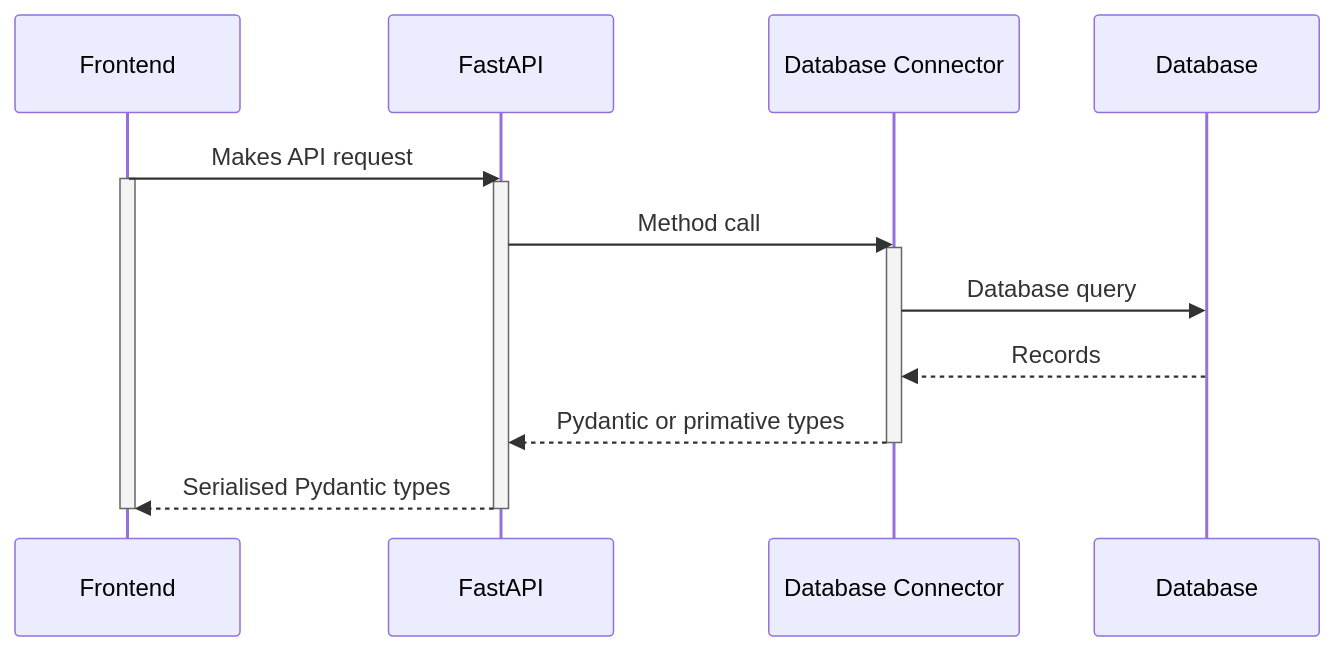
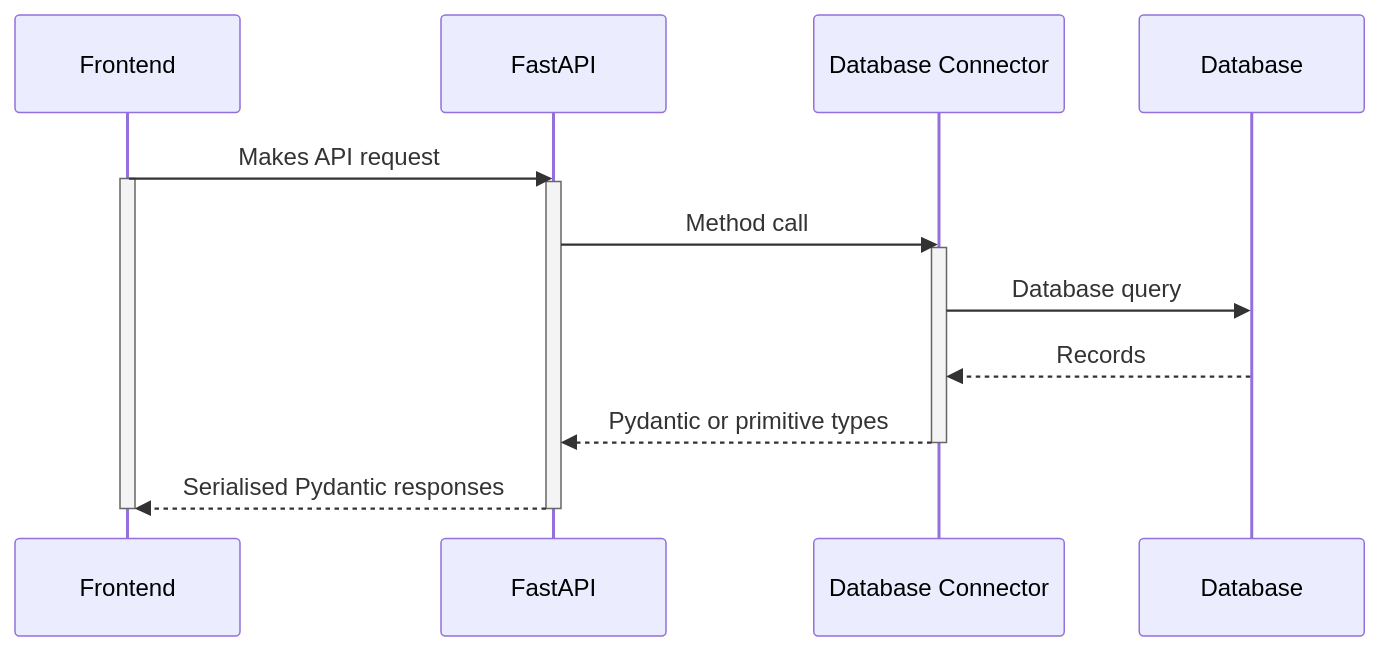
The diagram in docs/projects/genai/health-hub/webapp/backend/introduction.md (Wilsven/technical-docs), drawn with Mermaid before and after one commit.

Commit message:
Fixed typo in backend introduction

````diff
--- a/docs/projects/genai/health-hub/webapp/backend/introduction.md
+++ b/docs/projects/genai/health-hub/webapp/backend/introduction.md
@@ -6,21 +6,21 @@
 ```mermaid
 sequenceDiagram
     participant FE as Frontend
     participant FA as FastAPI
     participant DBC as Database Connector
     participant DB as Database
 
     FE ->> FA: Makes API request
     activate FE
     activate FA
     FA ->> DBC: Method call
     activate DBC
     DBC ->> DB: Database query
     DB -->> DBC: Records
-    DBC -->> FA: Pydantic or primative types
+    DBC -->> FA: Pydantic or primitive types
     deactivate DBC
-    FA -->> FE: Serialised Pydantic types
+    FA -->> FE: Serialised Pydantic responses
     deactivate FA
     deactivate FE
 
 ```
````
